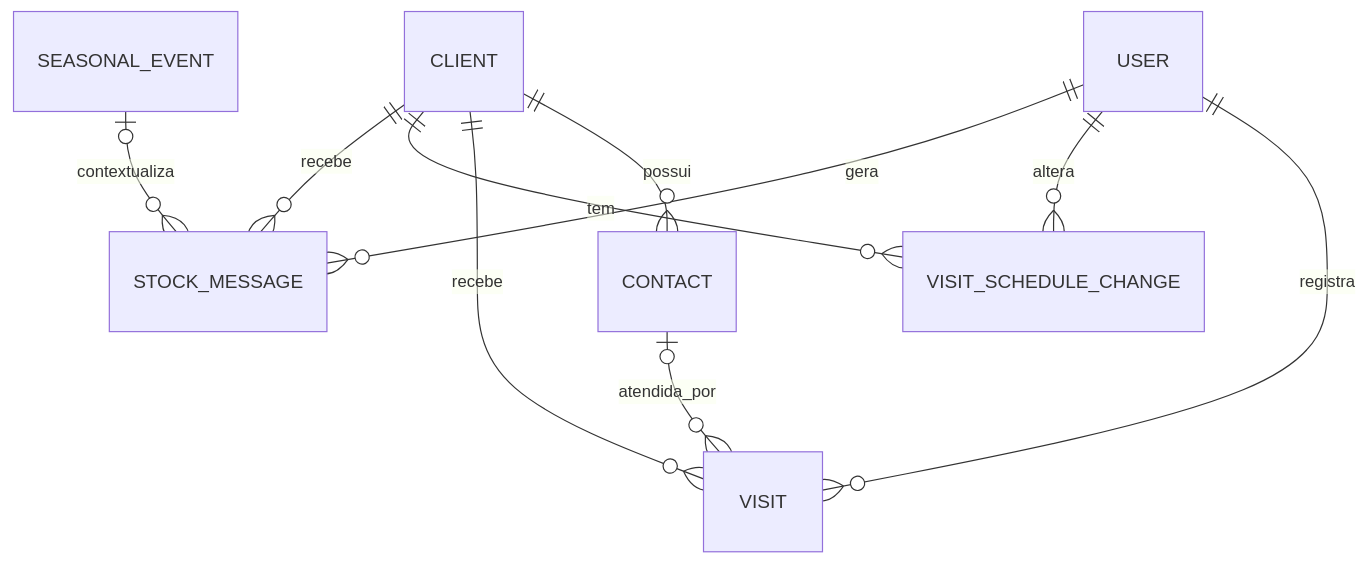
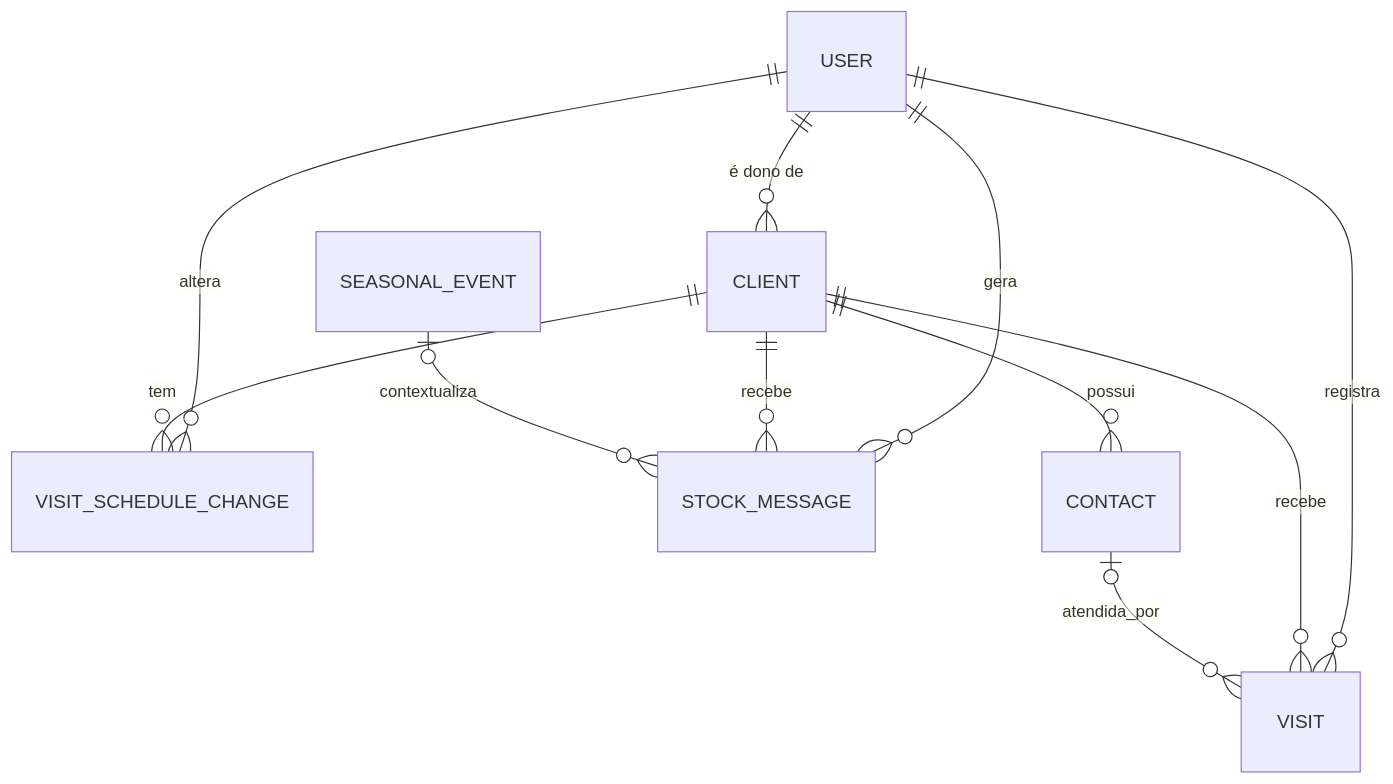
The diagram in docs/modelo-de-dados.md (dudapetzinger/CHOKOCRM), drawn with Mermaid before and after one commit. The commit also changed other lines of this file and 13 other files, not shown here.

````diff
--- a/docs/modelo-de-dados.md
+++ b/docs/modelo-de-dados.md
@@ -16,12 +16,13 @@
 ```mermaid
 erDiagram
   USER ||--o{ VISIT : registra
   USER ||--o{ VISIT_SCHEDULE_CHANGE : altera
   USER ||--o{ STOCK_MESSAGE : gera
+  USER ||--o{ CLIENT : "é dono de"
   CLIENT ||--o{ CONTACT : possui
   CLIENT ||--o{ VISIT : recebe
   CLIENT ||--o{ VISIT_SCHEDULE_CHANGE : tem
   CLIENT ||--o{ STOCK_MESSAGE : recebe
   CONTACT |o--o{ VISIT : atendida_por
   SEASONAL_EVENT |o--o{ STOCK_MESSAGE : contextualiza
 ```
````
